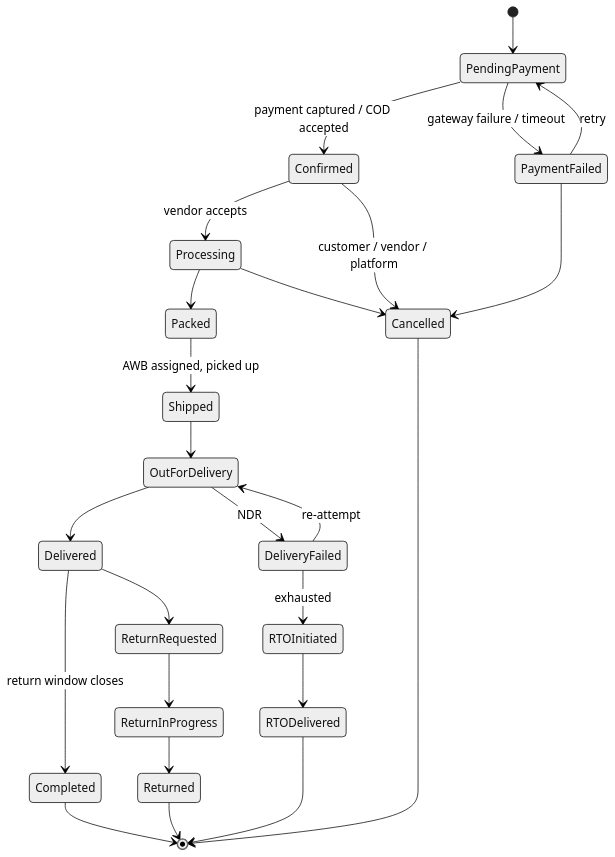
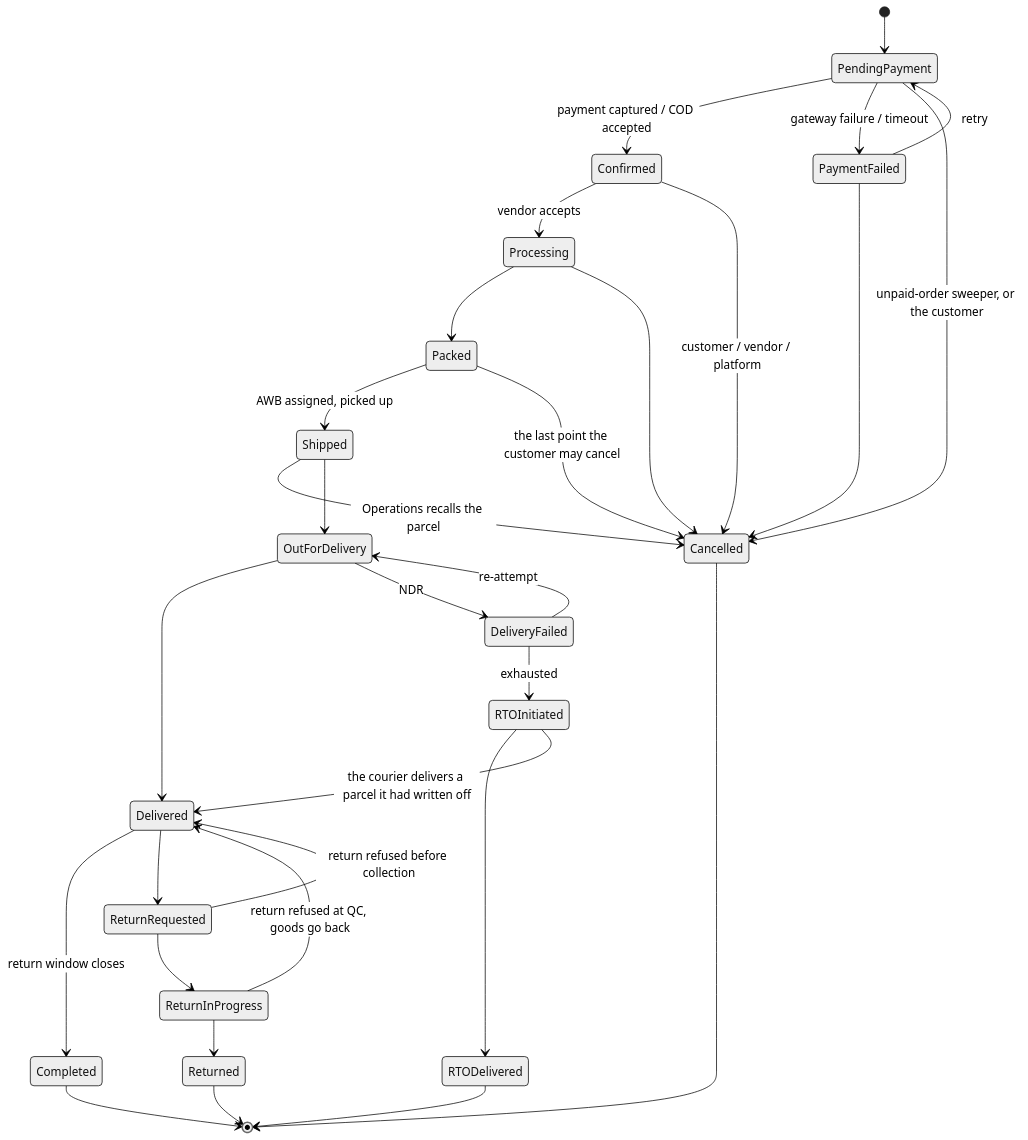
The second of 2 diagrams in docs/02-domain-model.md (geevar93/M2C_Klarahome), drawn with Mermaid (neutral theme) before and after one commit. The commit also changed other lines of this file and 4 other files, not shown here.

First line of the commit message:
docs: record the User's decisions on store credit and the state diagram

````diff
--- a/docs/02-domain-model.md
+++ b/docs/02-domain-model.md
@@ -212,27 +212,33 @@
 ```mermaid
 stateDiagram-v2
   [*] --> PendingPayment
   PendingPayment --> Confirmed: payment captured / COD accepted
   PendingPayment --> PaymentFailed: gateway failure / timeout
+  PendingPayment --> Cancelled: unpaid-order sweeper, or the customer
   PaymentFailed --> PendingPayment: retry
   PaymentFailed --> Cancelled
   Confirmed --> Processing: vendor accepts
   Confirmed --> Cancelled: customer / vendor / platform
   Processing --> Packed
   Processing --> Cancelled
   Packed --> Shipped: AWB assigned, picked up
+  Packed --> Cancelled: the last point the customer may cancel
+  Shipped --> Cancelled: Operations recalls the parcel
   Shipped --> OutForDelivery
   OutForDelivery --> Delivered
   OutForDelivery --> DeliveryFailed: NDR
   DeliveryFailed --> OutForDelivery: re-attempt
   DeliveryFailed --> RTOInitiated: exhausted
   RTOInitiated --> RTODelivered
+  RTOInitiated --> Delivered: the courier delivers a parcel it had written off
   Delivered --> Completed: return window closes
   Delivered --> ReturnRequested
   ReturnRequested --> ReturnInProgress
+  ReturnRequested --> Delivered: return refused before collection
   ReturnInProgress --> Returned
+  ReturnInProgress --> Delivered: return refused at QC, goods go back
   Returned --> [*]
   Completed --> [*]
   Cancelled --> [*]
   RTODelivered --> [*]
 ```
````
